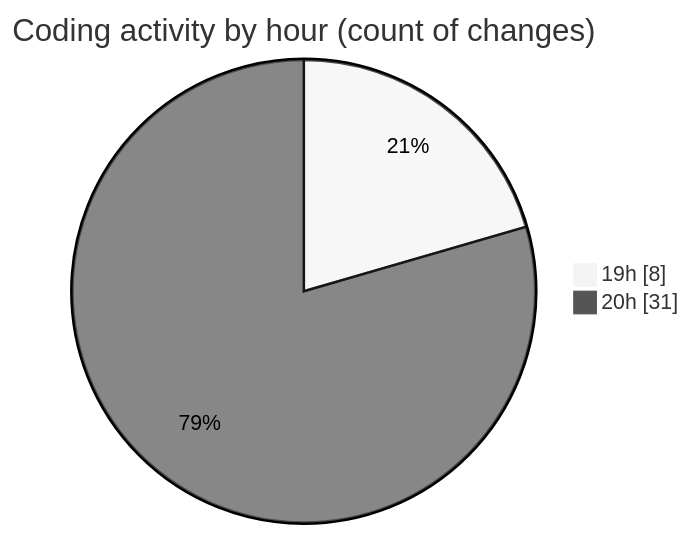
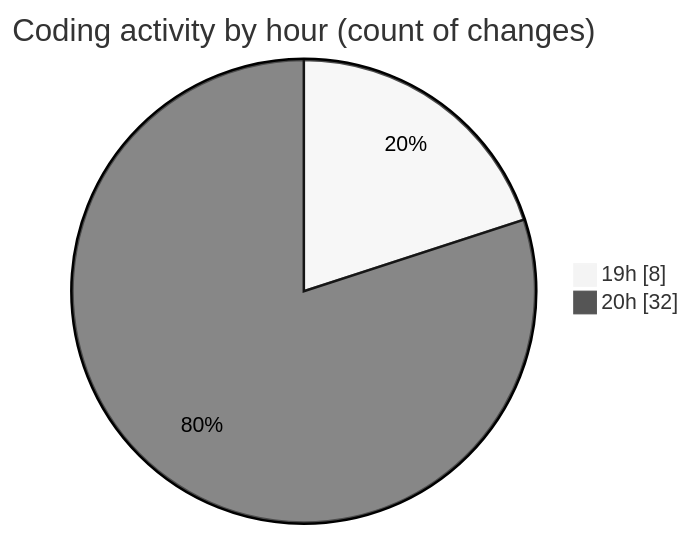
Before and after one commit to Elitesun/code-tracking: the second of 2 diagrams in 2025-05-27/ecom_store/README.md, drawn with Mermaid (neutral theme). The commit also changed other lines of this file and 1 other file, not shown here.

````diff
--- a/2025-05-27/ecom_store/README.md
+++ b/2025-05-27/ecom_store/README.md
@@ -44,6 +44,6 @@
 ```mermaid
 pie showData
 title Coding activity by hour (count of changes)
 "19h" : 8
-"20h" : 31
+"20h" : 32
 ```
````
